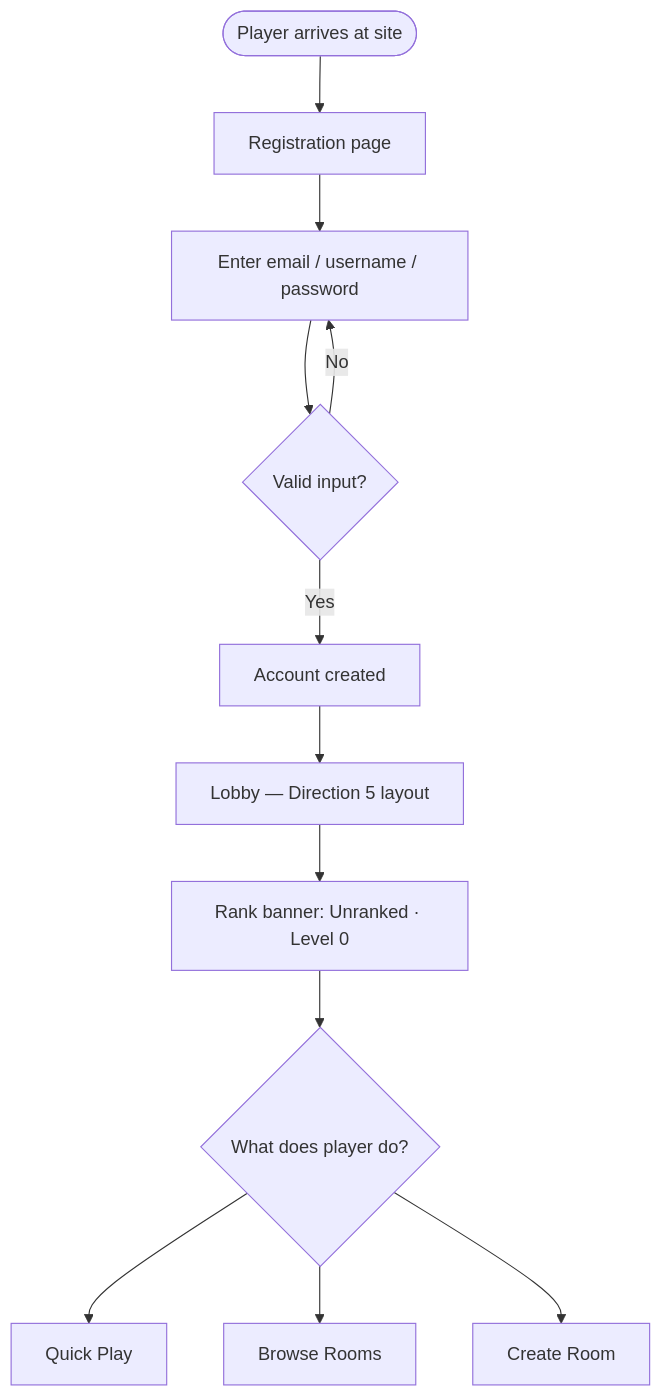
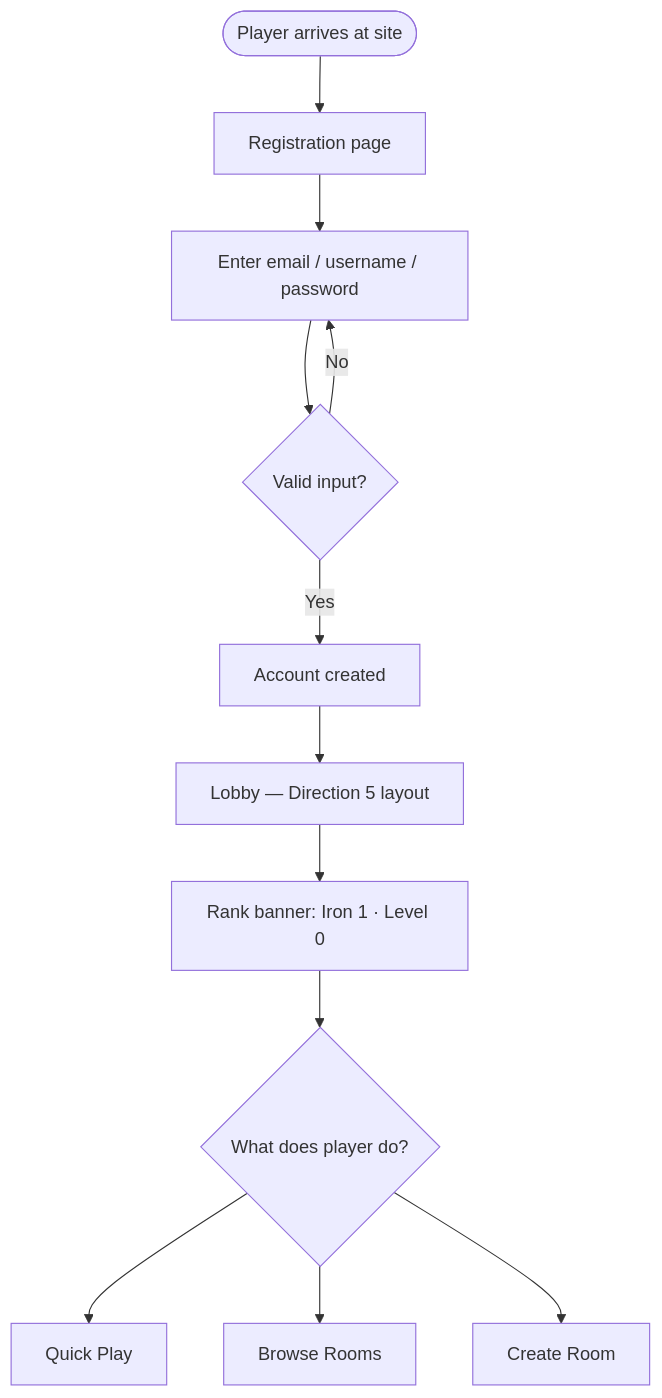
One commit to emilijan-koteski/beljot changed the first of 5 diagrams in _bmad-output/planning-artifacts/ux-design-specification.md. Above: the diagram before and after it, drawn with Mermaid. The commit also changed other lines of this file and 14 other files, not shown here.

````diff
--- a/_bmad-output/planning-artifacts/ux-design-specification.md
+++ b/_bmad-output/planning-artifacts/ux-design-specification.md
@@ -437,14 +437,14 @@
 ```mermaid
 flowchart TD
     A([Player arrives at site]) --> B[Registration page]
     B --> C[Enter email / username / password]
     C --> D{Valid input?}
     D -- No --> C
     D -- Yes --> E[Account created]
     E --> F[Lobby — Direction 5 layout]
-    F --> G[Rank banner: Unranked · Level 0]
+    F --> G[Rank banner: Iron 1 · Level 0]
     G --> H{What does player do?}
     H --> I[Quick Play]
     H --> J[Browse Rooms]
     H --> K[Create Room]
 ```
````
